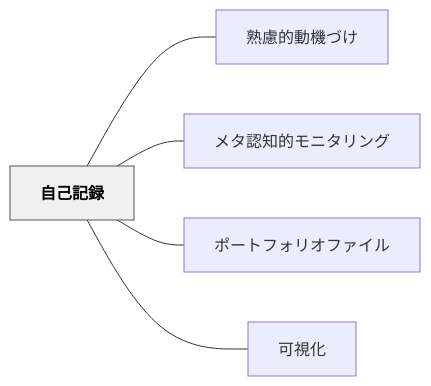
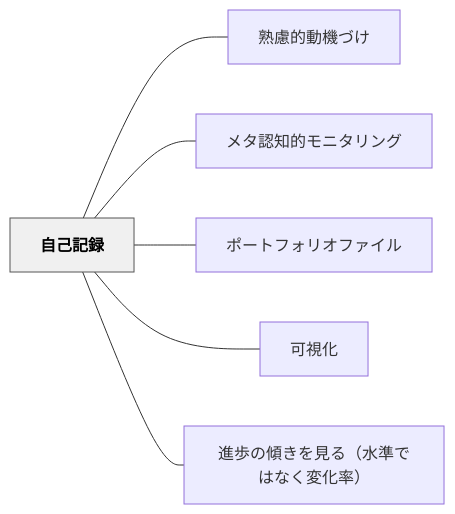
One commit to unknownthings-ed-patterns/unknownthings-ed-patterns changed the diagram in content/パタン/自己記録.md. Above: the diagram before and after it, drawn with Mermaid. The commit also changed other lines of this file and 26 other files, not shown here.

````diff
--- a/content/パタン/自己記録.md
+++ b/content/パタン/自己記録.md
@@ -45,16 +45,18 @@
 ```mermaid
 flowchart LR
     ne887aae5b7b1e8a898e98cb2["自己記録"]
     ne7869fe685aee79a84e58b95e6a99fe381a5e38191["熟慮的動機づけ"]
     ne383a1e382bfe8aa8de79fa5e79a84e383a2e3838be382bfe383aae383b3e382b0["メタ認知的モニタリング"]
     ne3839de383bce38388e38395e382a9e383aae382aae38395e382a1e382a4e383ab["ポートフォリオファイル"]
     ne58fafe8a696e58c96["可視化"]
+    ne980b2e6ada9e381aee582bee3818de38292e8a68be3828befbc88e6b0b4e6ba96e381a7e381afe381aae3818fe5a489e58c96e78e87efbc89["進歩の傾きを見る（水準ではなく変化率）"]
 
     ne887aae5b7b1e8a898e98cb2 --- ne7869fe685aee79a84e58b95e6a99fe381a5e38191
     ne887aae5b7b1e8a898e98cb2 --- ne383a1e382bfe8aa8de79fa5e79a84e383a2e3838be382bfe383aae383b3e382b0
     ne887aae5b7b1e8a898e98cb2 --- ne3839de383bce38388e38395e382a9e383aae382aae38395e382a1e382a4e383ab
     ne887aae5b7b1e8a898e98cb2 --- ne58fafe8a696e58c96
+    ne887aae5b7b1e8a898e98cb2 --- ne980b2e6ada9e381aee582bee3818de38292e8a68be3828befbc88e6b0b4e6ba96e381a7e381afe381aae3818fe5a489e58c96e78e87efbc89
 
     classDef hub fill:#f0f0f0,stroke:#555,color:#000,font-weight:bold
     class ne887aae5b7b1e8a898e98cb2 hub
 ```
````
